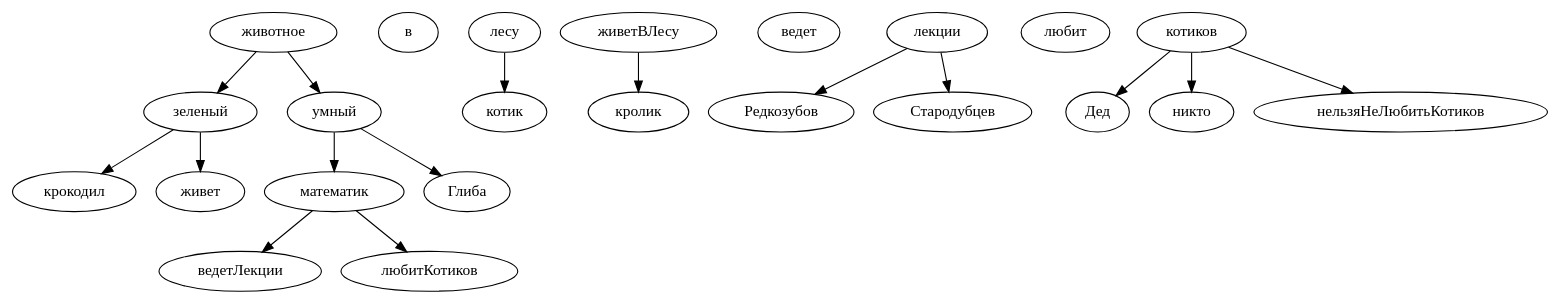
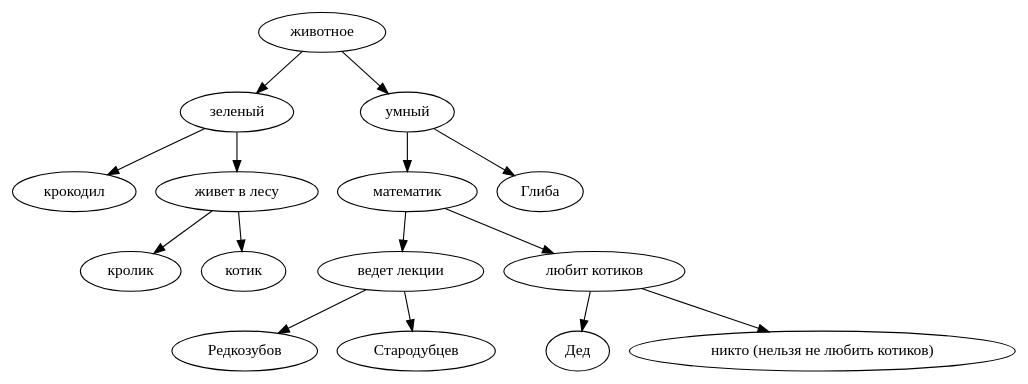
One commit to YuliaMenshikh/Akinator changed the diagram in cmake-build-debug/tree.dot. Above: the diagram before and after it, drawn with Graphviz. The commit also changed 27 other files, not shown here.

```diff
--- a/cmake-build-debug/tree.dot
+++ b/cmake-build-debug/tree.dot
@@ -1,16 +1,16 @@
 Digraph{
-животное->зеленый
-животное->умный
-зеленый->крокодил
-зеленый->живет в лесу
-живетВЛесу->кролик
-живет в лесу->котик
-умный->математик
-умный->Глиба
-математик->ведетЛекции
-математик->любитКотиков
-ведет лекции->Редкозубов
-ведет лекции->Стародубцев
-любит котиков->Дед
-любит котиков->никто,нельзяНеЛюбитьКотиков
+"животное"->"зеленый";
+"животное"->"умный";
+"зеленый"->"крокодил";
+"зеленый"->"живет в лесу";
+"живет в лесу"->"кролик";
+"живет в лесу"->"котик";
+"умный"->"математик";
+"умный"->"Глиба";
+"математик"->"ведет лекции";
+"математик"->"любит котиков";
+"ведет лекции"->"Редкозубов";
+"ведет лекции"->"Стародубцев";
+"любит котиков"->"Дед";
+"любит котиков"->"никто (нельзя не любить котиков)";
 }
```
